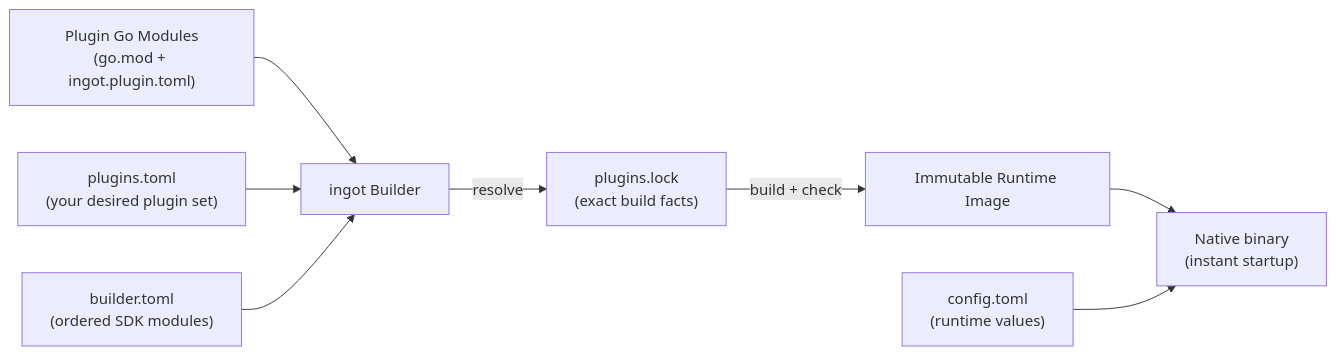
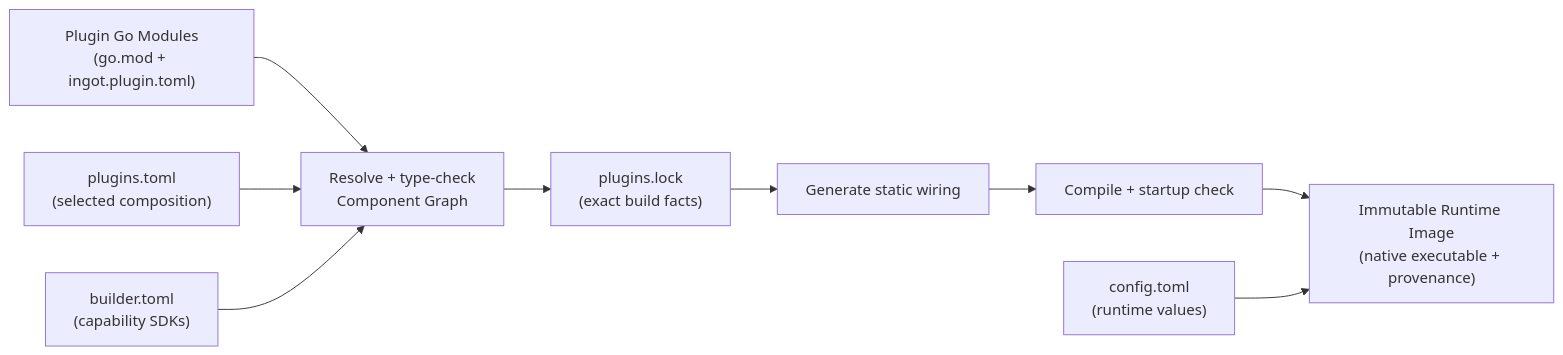
The diagram in README.md (ingot-agent/ingot), drawn with Mermaid before and after one commit. The commit also changed other lines of this file and 4 other files, not shown here.

````diff
--- a/README.md
+++ b/README.md
@@ -16,10 +110,11 @@
 ```mermaid
 flowchart LR
-    Plugins["Plugin Go Modules<br/>(go.mod + ingot.plugin.toml)"] --> Builder["ingot Builder"]
-    Desired["plugins.toml<br/>(your desired plugin set)"] --> Builder
-    BuilderConfig["builder.toml<br/>(ordered SDK modules)"] --> Builder
-    Builder -->|resolve| Lock["plugins.lock<br/>(exact build facts)"]
-    Lock -->|build + check| Image["Immutable Runtime Image"]
-    Image --> Runtime["Native binary<br/>(instant startup)"]
-    Config["config.toml<br/>(runtime values)"] --> Runtime
+    Plugins["Plugin Go Modules<br/>(go.mod + ingot.plugin.toml)"] --> Resolve
+    Desired["plugins.toml<br/>(selected composition)"] --> Resolve
+    SDKs["builder.toml<br/>(capability SDKs)"] --> Resolve
+    Resolve["Resolve + type-check<br/>Component Graph"] --> Lock["plugins.lock<br/>(exact build facts)"]
+    Lock --> Generate["Generate static wiring"]
+    Generate --> Compile["Compile + startup check"]
+    Compile --> Image["Immutable Runtime Image<br/>(native executable + provenance)"]
+    Config["config.toml<br/>(runtime values)"] --> Image
 ```
````
